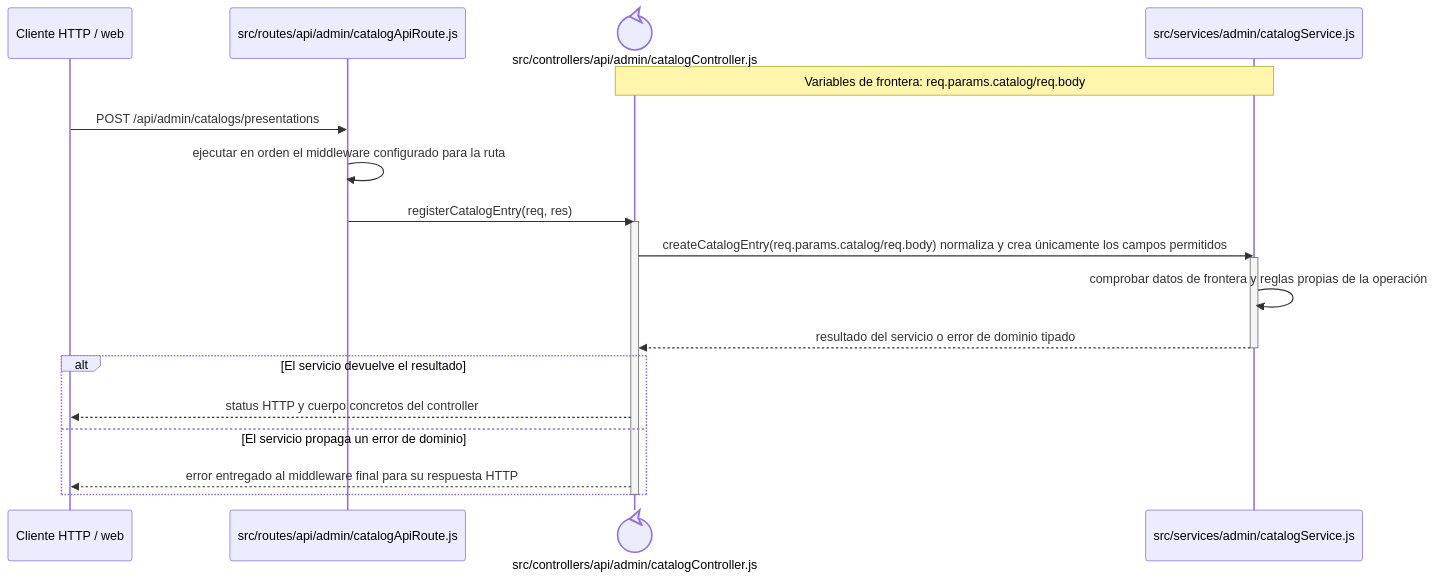
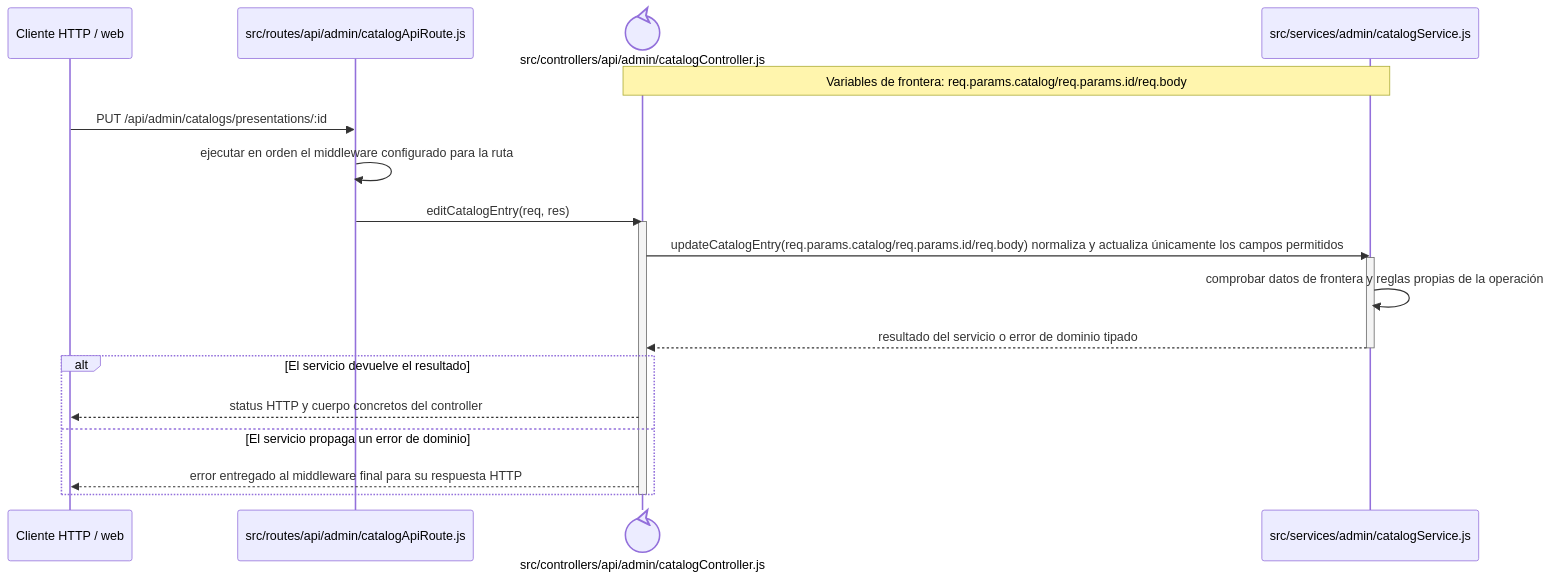
The diagram in docs/architecture/backend-code-sequences/catalogs/cu-cat-17.md (gpgsistemas01/nexus), drawn with Mermaid before and after one commit. The commit also changed other lines of this file and 167 other files, not shown here.

````diff
--- a/docs/architecture/backend-code-sequences/catalogs/cu-cat-17.md
+++ b/docs/architecture/backend-code-sequences/catalogs/cu-cat-17.md
@@ -6,24 +6,24 @@
 ```mermaid
 sequenceDiagram
     participant Client as Cliente HTTP / web
     participant Route as src/routes/api/admin/catalogApiRoute.js
     participant Controller@{ "type": "control" } as src/controllers/api/admin/catalogController.js
     participant Domain as src/services/admin/catalogService.js
-    Note over Controller,Domain: Variables de frontera: req.params.catalog/req.body
+    Note over Controller,Domain: Variables de frontera: req.params.catalog/req.params.id/req.body
 
-    Client->>Route: POST /api/admin/catalogs/presentations
+    Client->>Route: PUT /api/admin/catalogs/presentations/:id
     Route->>Route: ejecutar en orden el middleware configurado para la ruta
-    Route->>Controller: registerCatalogEntry(req, res)
+    Route->>Controller: editCatalogEntry(req, res)
     activate Controller
-    Controller->>Domain: createCatalogEntry(req.params.catalog/req.body) normaliza y crea únicamente los campos permitidos
+    Controller->>Domain: updateCatalogEntry(req.params.catalog/req.params.id/req.body) normaliza y actualiza únicamente los campos permitidos
     activate Domain
     Domain->>Domain: comprobar datos de frontera y reglas propias de la operación
     Domain-->>Controller: resultado del servicio o error de dominio tipado
     deactivate Domain
     alt El servicio devuelve el resultado
         Controller-->>Client: status HTTP y cuerpo concretos del controller
     else El servicio propaga un error de dominio
         Controller-->>Client: error entregado al middleware final para su respuesta HTTP
     end
     deactivate Controller
 ```
````
